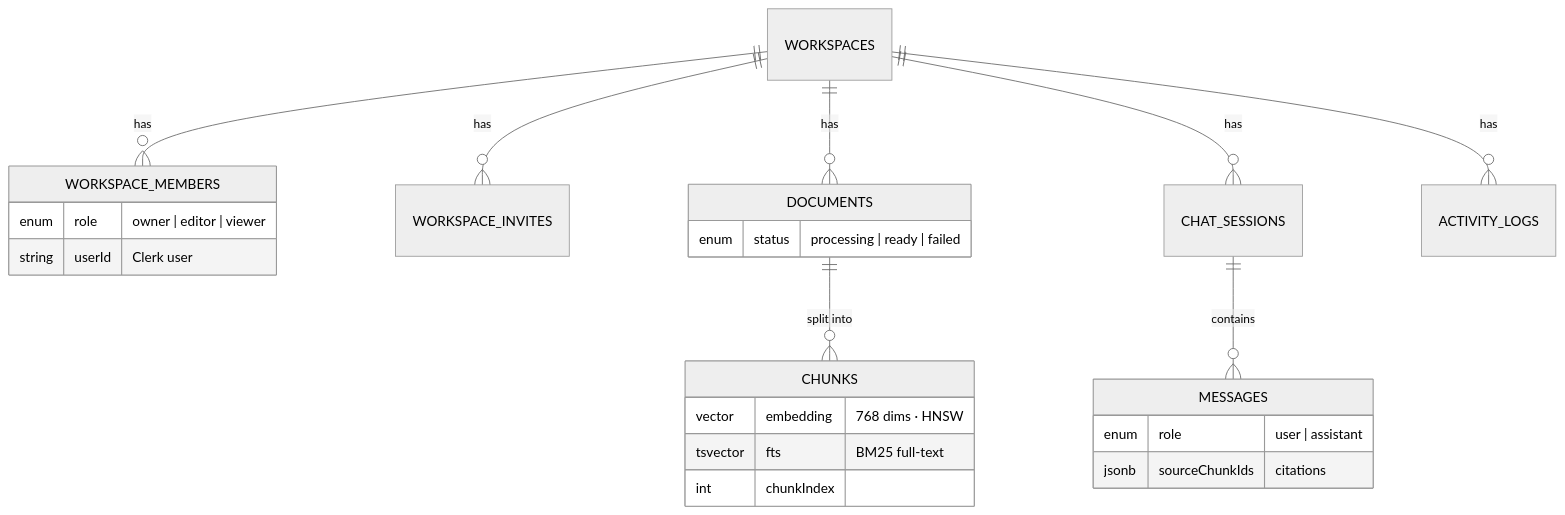
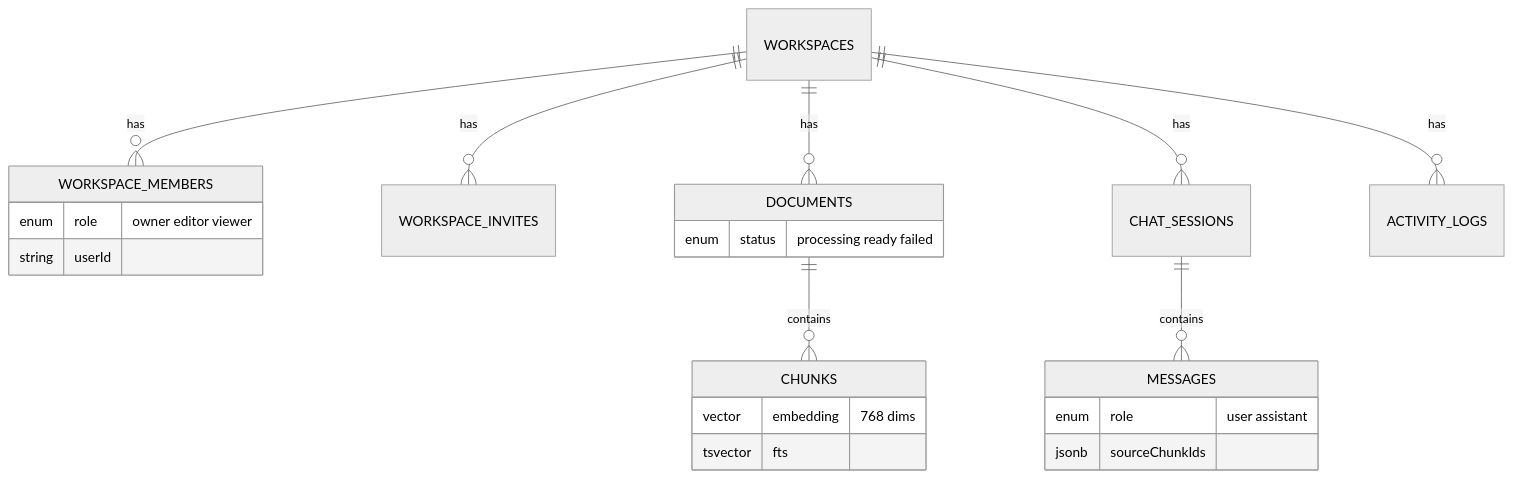
Before and after one commit to itsyashbisht/IntelliVault-Enterprise: the fifth of 5 diagrams in README.md, drawn with Mermaid (neutral theme). The commit also changed other lines of this file, not shown here.

````diff
--- a/README.md
+++ b/README.md
@@ -218,27 +183,26 @@
 ```mermaid
 erDiagram
-    WORKSPACES ||--o{ WORKSPACE_MEMBERS : "has"
-    WORKSPACES ||--o{ WORKSPACE_INVITES : "has"
-    WORKSPACES ||--o{ DOCUMENTS : "has"
-    WORKSPACES ||--o{ CHAT_SESSIONS : "has"
-    WORKSPACES ||--o{ ACTIVITY_LOGS : "has"
-    DOCUMENTS ||--o{ CHUNKS : "split into"
-    CHAT_SESSIONS ||--o{ MESSAGES : "contains"
+    WORKSPACES ||--o{ WORKSPACE_MEMBERS : has
+    WORKSPACES ||--o{ WORKSPACE_INVITES : has
+    WORKSPACES ||--o{ DOCUMENTS : has
+    WORKSPACES ||--o{ CHAT_SESSIONS : has
+    WORKSPACES ||--o{ ACTIVITY_LOGS : has
+    DOCUMENTS ||--o{ CHUNKS : contains
+    CHAT_SESSIONS ||--o{ MESSAGES : contains
 
     WORKSPACE_MEMBERS {
-        enum role "owner | editor | viewer"
-        string userId "Clerk user"
+        enum role "owner editor viewer"
+        string userId
     }
     DOCUMENTS {
-        enum status "processing | ready | failed"
+        enum status "processing ready failed"
     }
     CHUNKS {
-        vector embedding "768 dims · HNSW"
-        tsvector fts "BM25 full-text"
-        int chunkIndex
+        vector embedding "768 dims"
+        tsvector fts
     }
     MESSAGES {
-        enum role "user | assistant"
-        jsonb sourceChunkIds "citations"
+        enum role "user assistant"
+        jsonb sourceChunkIds
     }
 ```
````
